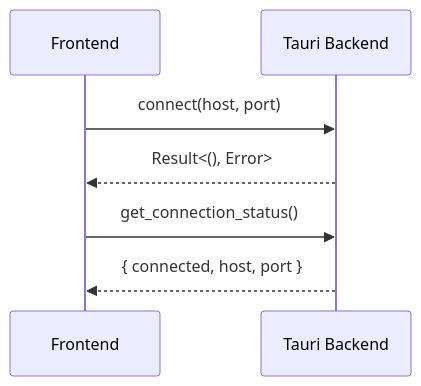
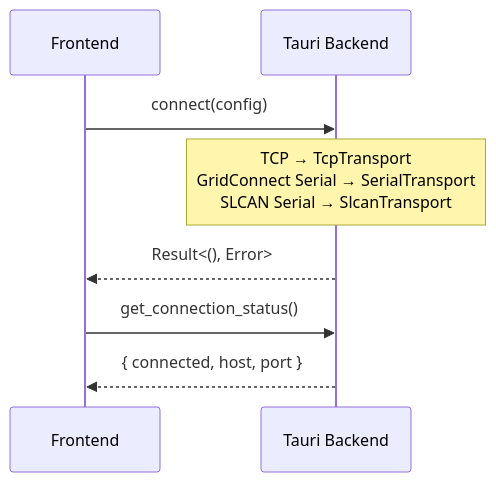
The first of 3 diagrams in docs/technical/architecture.md (JohnSL/Bowties), drawn with Mermaid before and after one commit. The commit also changed other lines of this file and 22 other files, not shown here.

First line of the commit message:
Add USB-to-CAN adapter support (GridConnect Serial and SLCAN)

````diff
--- a/docs/technical/architecture.md
+++ b/docs/technical/architecture.md
@@ -297,11 +300,12 @@
 ```mermaid
 sequenceDiagram
     participant F as Frontend
     participant T as Tauri Backend
 
-    F->>T: connect(host, port)
+    F->>T: connect(config)
+    note over T: TCP → TcpTransport<br/>GridConnect Serial → SerialTransport<br/>SLCAN Serial → SlcanTransport
     T-->>F: Result<(), Error>
     
     F->>T: get_connection_status()
     T-->>F: { connected, host, port }
 ```
````
